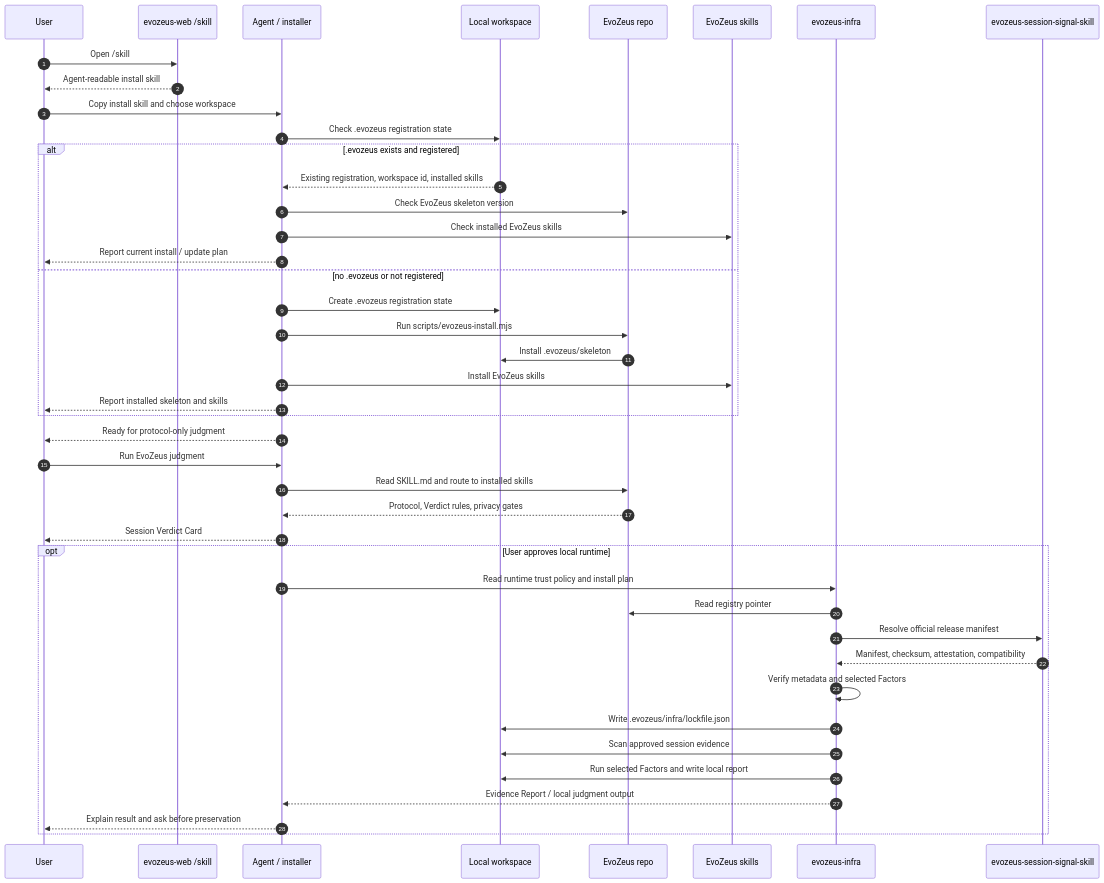
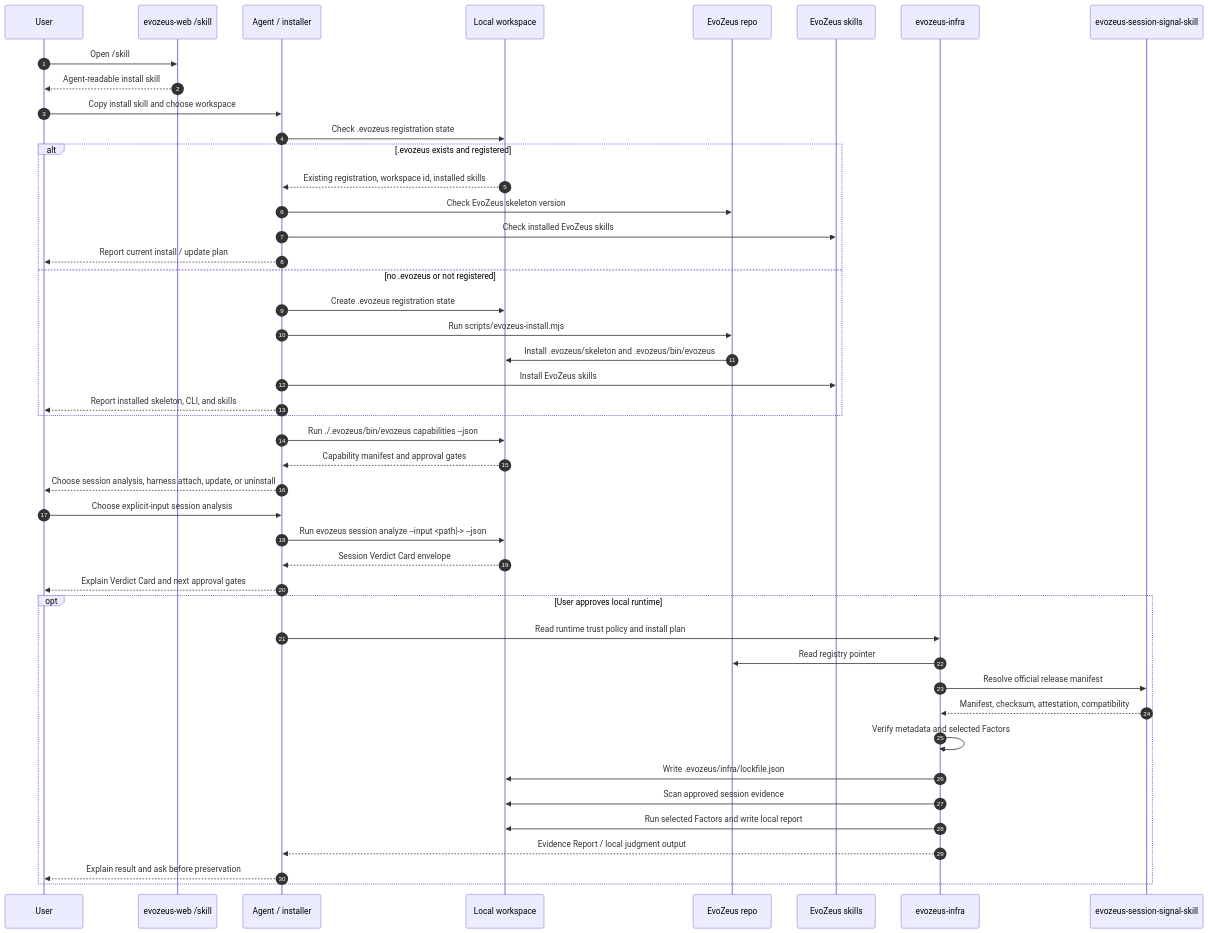
The diagram in README.md (MetaInFLow/EvoZeus), drawn with Mermaid before and after one commit. The commit also changed other lines of this file and 12 other files, not shown here.

Commit message:
feat: add local CLI capability router

````diff
--- a/README.md
+++ b/README.md
@@ -47,49 +47,51 @@
 ```mermaid
 sequenceDiagram
   autonumber
   participant User
   participant Community as evozeus-web /skill
   participant Installer as Agent / installer
   participant Local as Local workspace
   participant Main as EvoZeus repo
   participant Skills as EvoZeus skills
   participant Runtime as evozeus-infra
   participant Official as evozeus-session-signal-skill
 
   User->>Community: Open /skill
   Community-->>User: Agent-readable install skill
   User->>Installer: Copy install skill and choose workspace
   Installer->>Local: Check .evozeus registration state
 
   alt .evozeus exists and registered
     Local-->>Installer: Existing registration, workspace id, installed skills
     Installer->>Main: Check EvoZeus skeleton version
     Installer->>Skills: Check installed EvoZeus skills
     Installer-->>User: Report current install / update plan
   else no .evozeus or not registered
     Installer->>Local: Create .evozeus registration state
     Installer->>Main: Run scripts/evozeus-install.mjs
-    Main->>Local: Install .evozeus/skeleton
+    Main->>Local: Install .evozeus/skeleton and .evozeus/bin/evozeus
     Installer->>Skills: Install EvoZeus skills
-    Installer-->>User: Report installed skeleton and skills
+    Installer-->>User: Report installed skeleton, CLI, and skills
   end
 
-  Installer-->>User: Ready for protocol-only judgment
-  User->>Installer: Run EvoZeus judgment
-  Installer->>Main: Read SKILL.md and route to installed skills
-  Main-->>Installer: Protocol, Verdict rules, privacy gates
-  Installer-->>User: Session Verdict Card
+  Installer->>Local: Run ./.evozeus/bin/evozeus capabilities --json
+  Local-->>Installer: Capability manifest and approval gates
+  Installer-->>User: Choose session analysis, harness attach, update, or uninstall
+  User->>Installer: Choose explicit-input session analysis
+  Installer->>Local: Run evozeus session analyze --input <path|-> --json
+  Local-->>Installer: Session Verdict Card envelope
+  Installer-->>User: Explain Verdict Card and next approval gates
 
   opt User approves local runtime
     Installer->>Runtime: Read runtime trust policy and install plan
     Runtime->>Main: Read registry pointer
     Runtime->>Official: Resolve official release manifest
     Official-->>Runtime: Manifest, checksum, attestation, compatibility
     Runtime->>Runtime: Verify metadata and selected Factors
     Runtime->>Local: Write .evozeus/infra/lockfile.json
     Runtime->>Local: Scan approved session evidence
     Runtime->>Local: Run selected Factors and write local report
     Runtime-->>Installer: Evidence Report / local judgment output
     Installer-->>User: Explain result and ask before preservation
   end
 ```
````
